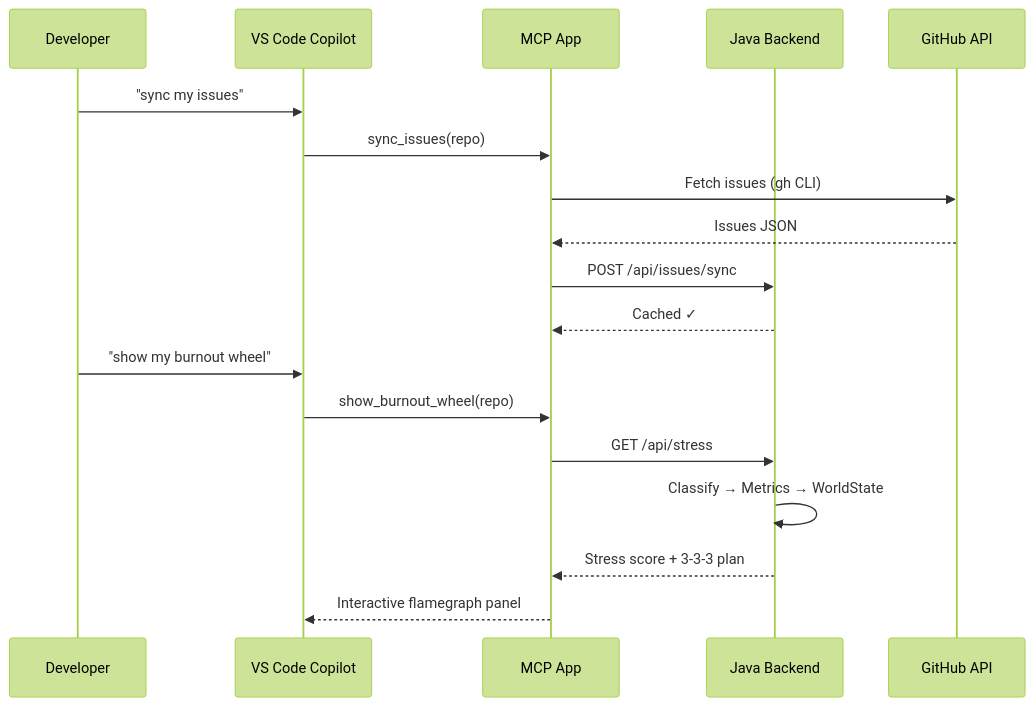
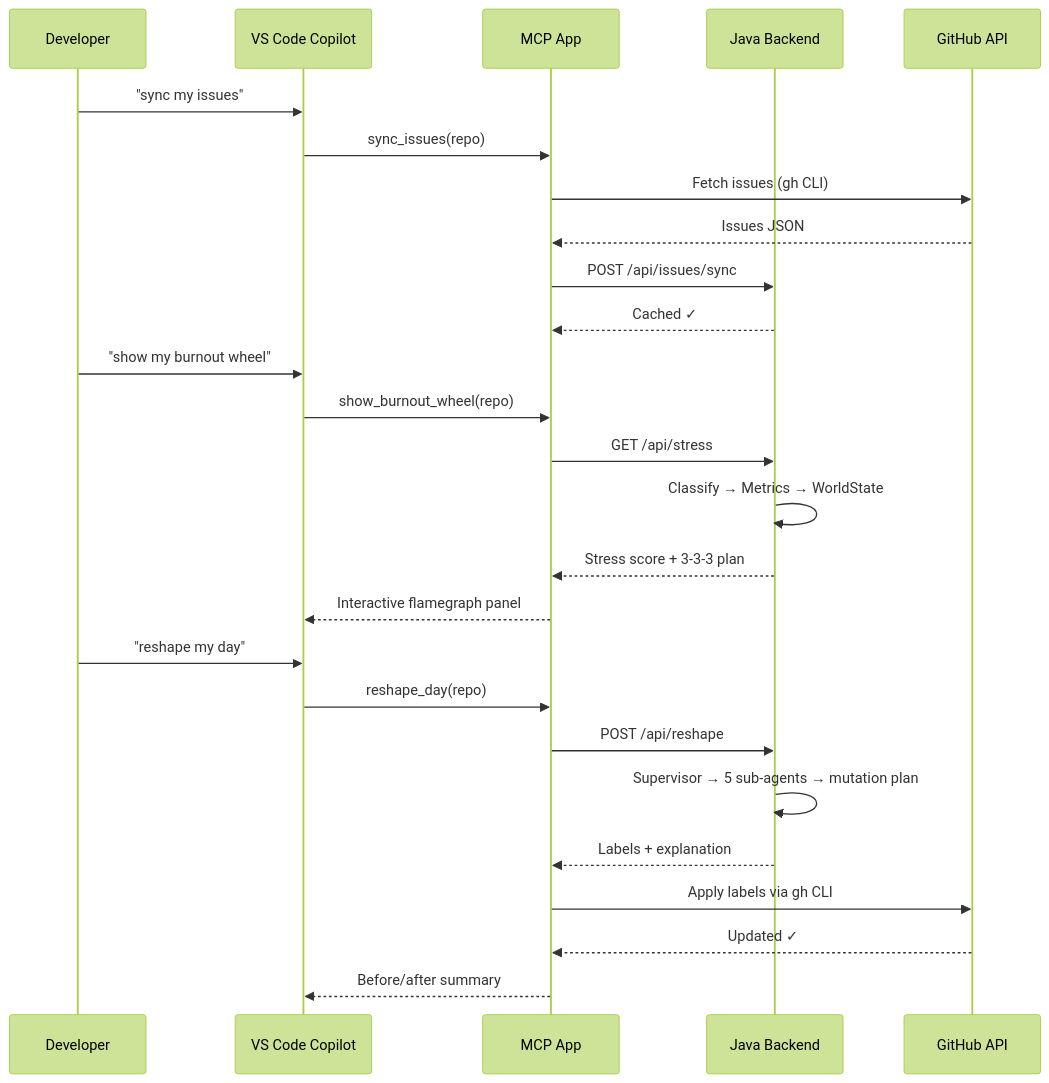
The diagram in docs/images/flow-vscode.mmd (roryp/burnout-app), drawn with Mermaid (forest theme) before and after one commit. The commit also changed 3 other files, not shown here.

Commit message:
feat: update flow diagrams and images to include new reshape functionality and improved user interactions

```diff
--- a/docs/images/flow-vscode.mmd
+++ b/docs/images/flow-vscode.mmd
@@ -1,20 +1,29 @@
 sequenceDiagram
     participant Dev as Developer
     participant VS as VS Code Copilot
     participant MCP as MCP App
     participant BE as Java Backend
     participant GH as GitHub API
     
     Dev->>VS: "sync my issues"
     VS->>MCP: sync_issues(repo)
     MCP->>GH: Fetch issues (gh CLI)
     GH-->>MCP: Issues JSON
     MCP->>BE: POST /api/issues/sync
     BE-->>MCP: Cached ✓
     
     Dev->>VS: "show my burnout wheel"
     VS->>MCP: show_burnout_wheel(repo)
     MCP->>BE: GET /api/stress
     BE->>BE: Classify → Metrics → WorldState
     BE-->>MCP: Stress score + 3-3-3 plan
     MCP-->>VS: Interactive flamegraph panel
+    
+    Dev->>VS: "reshape my day"
+    VS->>MCP: reshape_day(repo)
+    MCP->>BE: POST /api/reshape
+    BE->>BE: Supervisor → 5 sub-agents → mutation plan
+    BE-->>MCP: Labels + explanation
+    MCP->>GH: Apply labels via gh CLI
+    GH-->>MCP: Updated ✓
+    MCP-->>VS: Before/after summary
```
